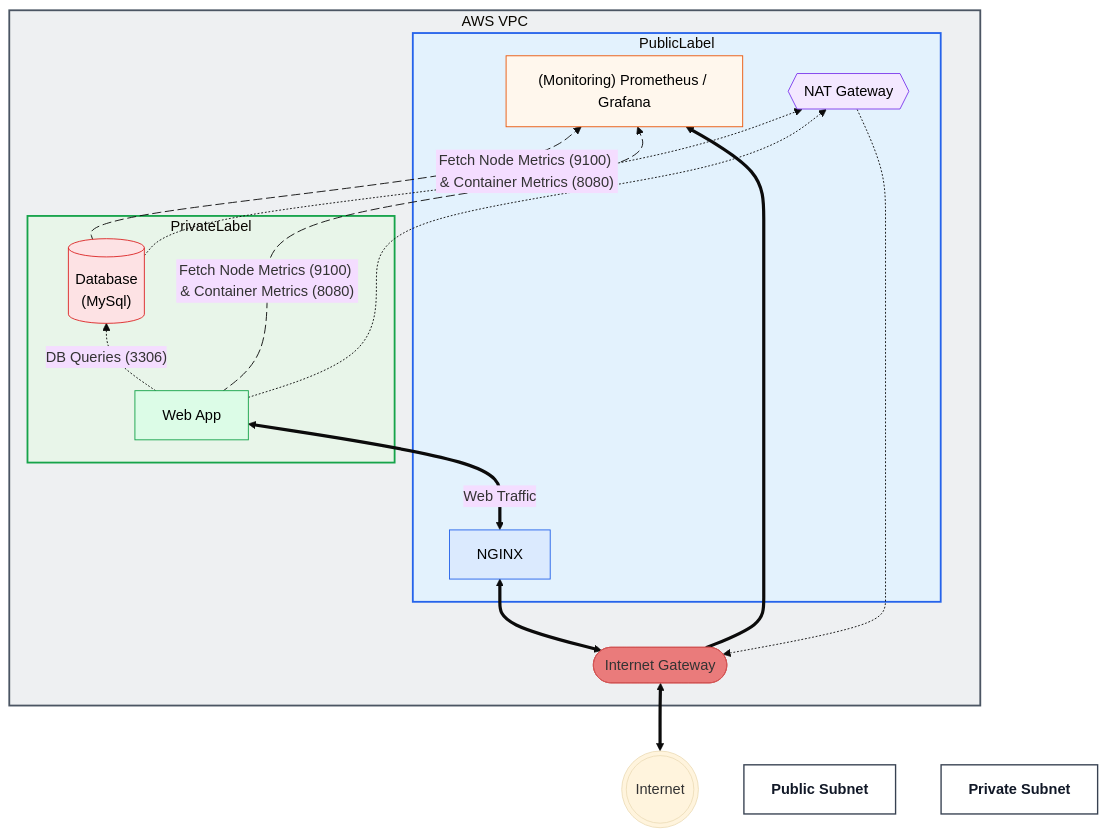
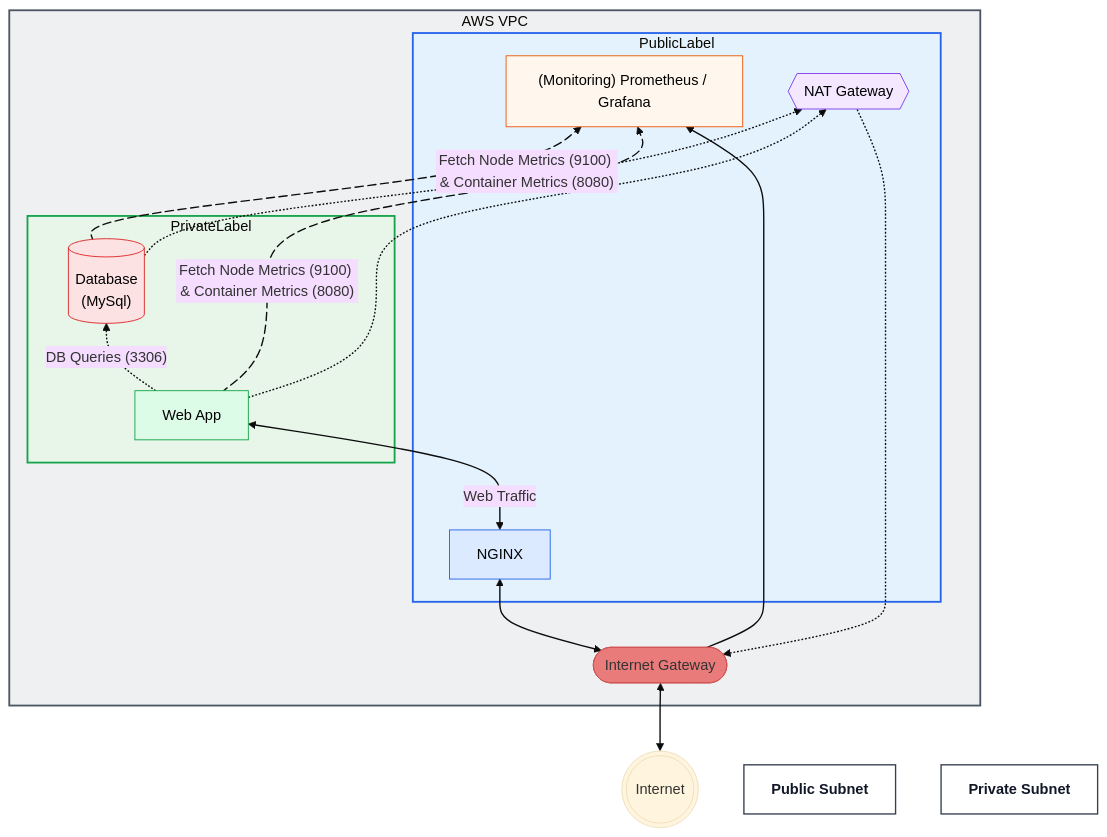
Before and after one commit to Jazzar101/learning-terraform-3087701: the diagram in README.md, drawn with Mermaid (base theme).

Commit message:
Changed line style

````diff
--- a/README.md
+++ b/README.md
@@ -6,56 +6,57 @@
 ```mermaid
 flowchart BT
     Internet(((Internet)))
     subgraph VPC[AWS VPC]
         IGW([Internet Gateway])
         subgraph PublicSubnet[PublicLabel]
             NGINX[NGINX]
             Monitoring["(Monitoring) Prometheus / Grafana"]
             NAT{{NAT Gateway}}
         end
 
         subgraph PrivateSubnet[PrivateLabel]
             App[Web App]
             DB[("Database\n(MySql)")]
         end
     end
 
     Internet <==> IGW
     IGW <==> NGINX
     NGINX <==>|Web Traffic| App
     App -.->|"DB Queries (3306)"| DB
     IGW ==> Monitoring
 
     App metricsApp@-->|"Fetch Node Metrics (9100) & Container Metrics (8080)"| Monitoring
     DB metricsDB@-->|"Fetch Node Metrics (9100) & Container Metrics (8080)"| Monitoring
 
     App -.-> NAT
     DB -.-> NAT
     NAT -.-> IGW
     
     metricsApp@{ animation: slow }    
     metricsDB@{ animation: slow }
 
     %% Node-only styling (GitHub safe)
     classDef ingress fill:#dbeafe,stroke:#2563eb,color:#000000
     classDef monitoring fill:#fff7ed,stroke:#ea580c,color:#000000
     classDef nat fill:#f3e8ff,stroke:#7c3aed,color:#000000
     classDef app fill:#dcfce7,stroke:#16a34a,color:#000000
     classDef db fill:#fde2e4,stroke:#dc2626,color:#000000
     classDef igw fill:#EA7B7B,stroke:#D25353,color:#00000
     classDef subnetLabel fill:#ffffff,stroke:#374151,stroke-width:1.5px,color:#111827,font-weight:bold
 
     style VPC fill:#eef0f2,stroke:#4b5563,stroke-width:2px
     style PublicSubnet fill:#e3f2fd,stroke:#2563eb,stroke-width:2px
     style PrivateSubnet fill:#e8f5e9,stroke:#16a34a,stroke-width:2px    
+    linkStyle default stroke:#00000,stroke-width:1.5px
 
     PublicLabel["Public Subnet"]:::subnetLabel
     PrivateLabel["Private Subnet"]:::subnetLabel
 
     class NGINX ingress
     class Monitoring monitoring
     class NAT nat
     class App app
     class DB db
     class IGW igw
 ```
````
